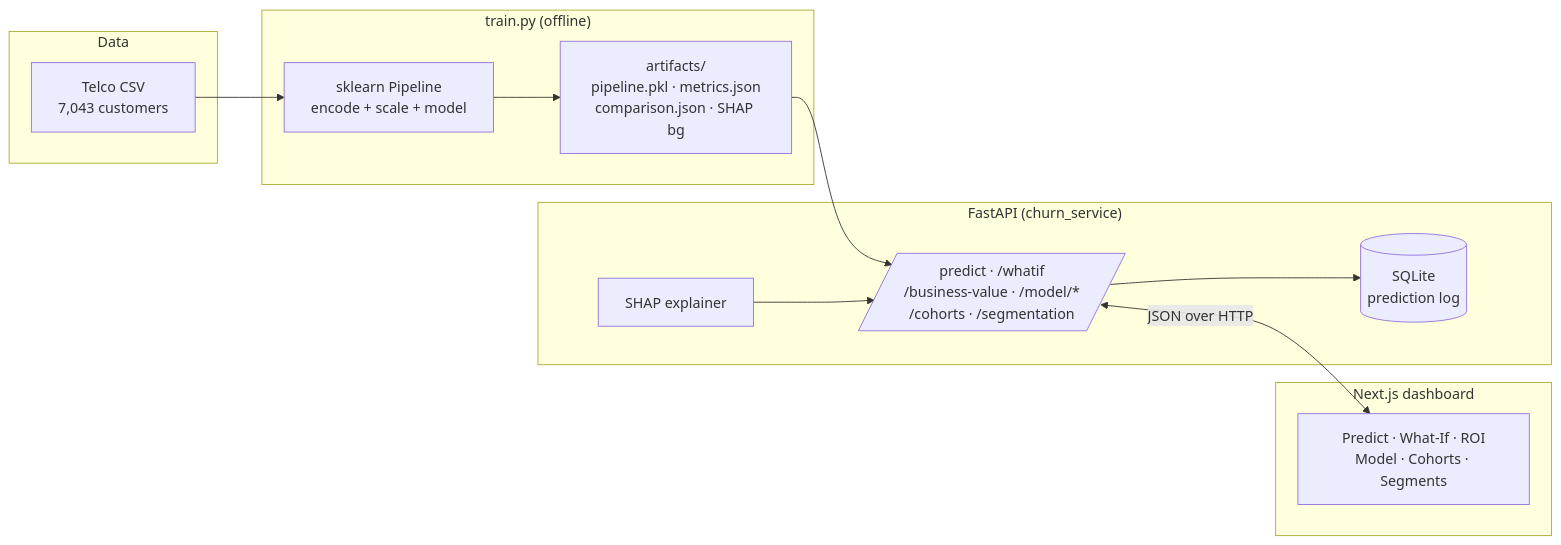
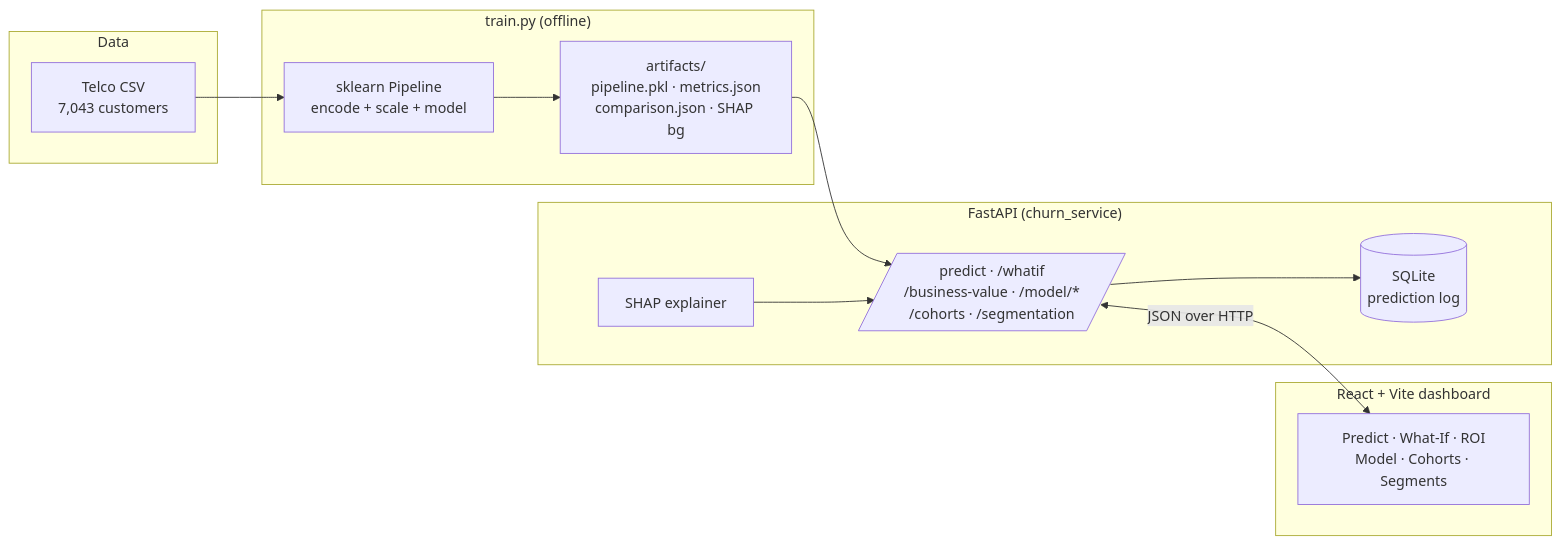
The diagram in README.md (Asheesh7298/customer-churn-detection-project-final), drawn with Mermaid before and after one commit. The commit also changed other lines of this file and 139 other files, not shown here.

First line of the commit message:
Convert frontend from Next.js to React + Vite

````diff
--- a/README.md
+++ b/README.md
@@ -52,19 +53,19 @@
 ```mermaid
 flowchart LR
     subgraph Data
         CSV[Telco CSV<br/>7,043 customers]
     end
     subgraph Training["train.py (offline)"]
         CSV --> PIPE[sklearn Pipeline<br/>encode + scale + model]
         PIPE --> ART[artifacts/<br/>pipeline.pkl · metrics.json<br/>comparison.json · SHAP bg]
     end
     subgraph Backend["FastAPI (churn_service)"]
         ART --> API[/predict · /whatif<br/>/business-value · /model/*<br/>/cohorts · /segmentation/]
         API --> DB[(SQLite<br/>prediction log)]
         SHAP[SHAP explainer] --> API
     end
-    subgraph Frontend["Next.js dashboard"]
+    subgraph Frontend["React + Vite dashboard"]
         UI[Predict · What-If · ROI<br/>Model · Cohorts · Segments]
     end
     API <-->|JSON over HTTP| UI
 ```
````
